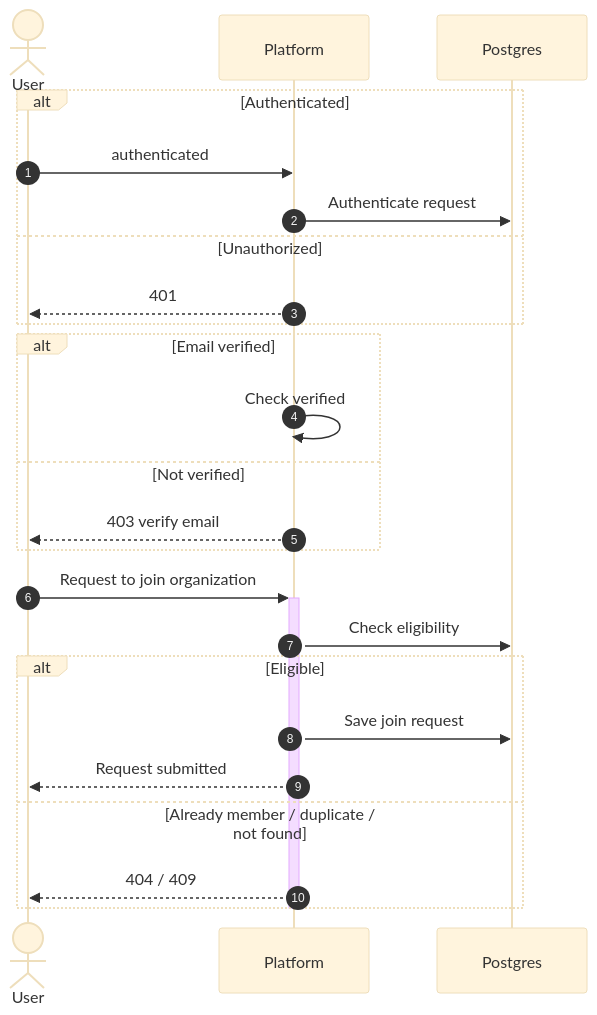
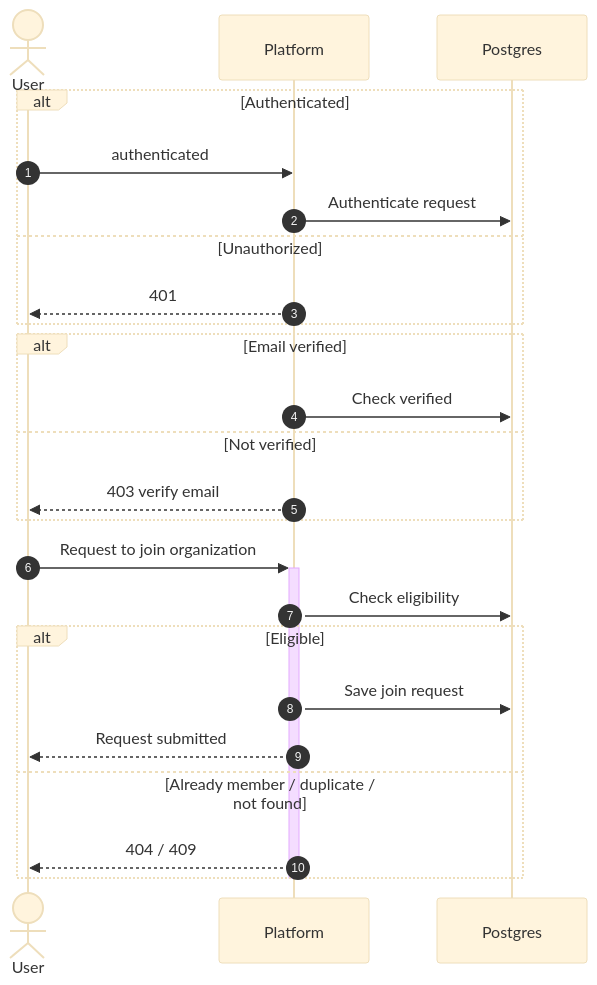
One commit to MohamedChebbi123/teamnest changed the fifth of 16 diagrams in docs/SEQUENCE_DIAGRAMS.md. Above: the diagram before and after it, drawn with Mermaid (base theme). The commit also changed other lines of this file, not shown here.

````diff
--- a/docs/SEQUENCE_DIAGRAMS.md
+++ b/docs/SEQUENCE_DIAGRAMS.md
@@ -184,30 +184,30 @@
 ```mermaid
 sequenceDiagram
     autonumber
     actor User
     participant API as Platform
     participant DB as Postgres
 
     alt Authenticated
         User->>API: authenticated
         API->>DB: Authenticate request
     else Unauthorized
         API-->>User: 401
     end
 
     alt Email verified
-        API->>API: Check verified
+        API->>DB: Check verified
     else Not verified
         API-->>User: 403 verify email
     end
 
     User->>+API: Request to join organization
     API->>DB: Check eligibility
     alt Eligible
         API->>DB: Save join request
         API-->>User: Request submitted
     else Already member / duplicate / not found
         API-->>User: 404 / 409
     end
     deactivate API
 ```
````
